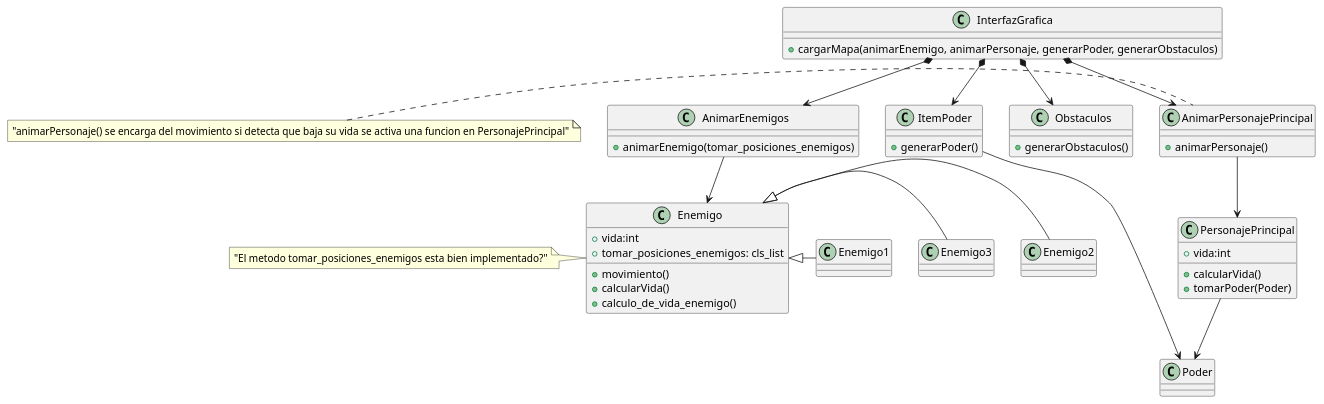
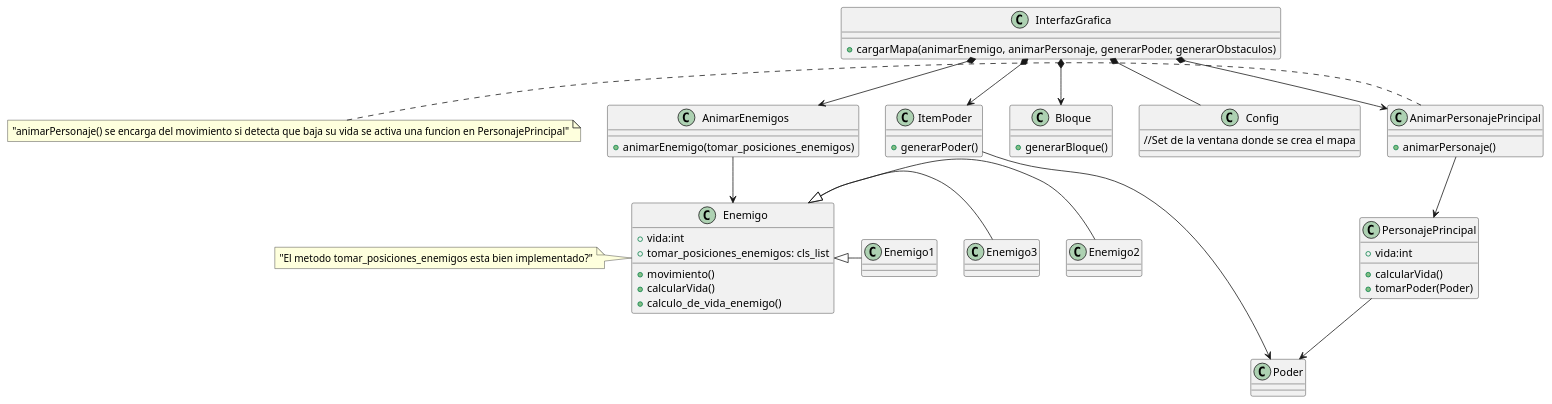
One commit to Felipr19/proyecto_poo changed the diagram in Diagramas/diagrama2.plantuml. Above: the diagram before and after it, drawn with PlantUML.

```diff
--- a/Diagramas/diagrama2.plantuml
+++ b/Diagramas/diagrama2.plantuml
@@ -1,72 +1,75 @@
 @startuml Diagrama
 
 class InterfazGrafica {
     +cargarMapa(animarEnemigo, animarPersonaje, generarPoder, generarObstaculos)
 }
 
 
 class AnimarEnemigos {
     +animarEnemigo(tomar_posiciones_enemigos)
 }
 
 class AnimarPersonajePrincipal {
     +animarPersonaje()
     
 }
 
 note left of AnimarPersonajePrincipal : "animarPersonaje() se encarga del movimiento si detecta que baja su vida se activa una funcion en PersonajePrincipal"
 
 class PersonajePrincipal {
     +vida:int
 
     +calcularVida()
     +tomarPoder(Poder)
 }
 
 class ItemPoder {
     +generarPoder()
 }
 
 class Poder {
 }
 
 class Enemigo {
     +vida:int
     +tomar_posiciones_enemigos: cls_list
 
     +movimiento()
     +calcularVida()
     +calculo_de_vida_enemigo()
 
 }
 note left of Enemigo : "El metodo tomar_posiciones_enemigos esta bien implementado?"
 
-class Obstaculos {
-    +generarObstaculos()
+class Bloque {
+    +generarBloque()
 }
 
 
 class Enemigo1 {
 
 }
 
 class Enemigo2 {
 }
 
 class Enemigo3 {
 }
-
+class Config {
+    //Set de la ventana donde se crea el mapa
+}
 InterfazGrafica *-down-> AnimarEnemigos
 InterfazGrafica *-down-> AnimarPersonajePrincipal
 InterfazGrafica *-down-> ItemPoder
-InterfazGrafica *-down-> Obstaculos
+InterfazGrafica *-down-> Bloque
+InterfazGrafica *-- Config
 AnimarEnemigos -down-> Enemigo
 AnimarPersonajePrincipal -down-> PersonajePrincipal
 ItemPoder -down-> Poder
 PersonajePrincipal -down-> Poder
 
 Enemigo <|- Enemigo1 
 Enemigo <|- Enemigo2
 Enemigo <|- Enemigo3
 
 @enduml
```
